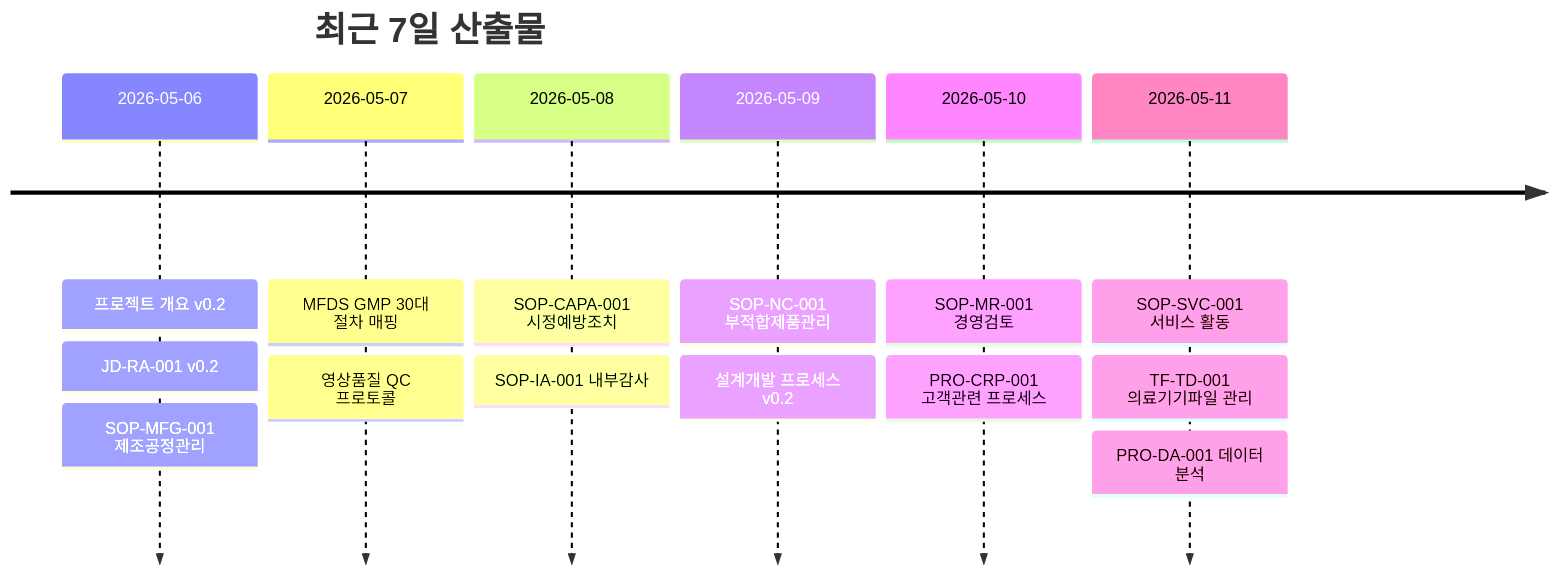
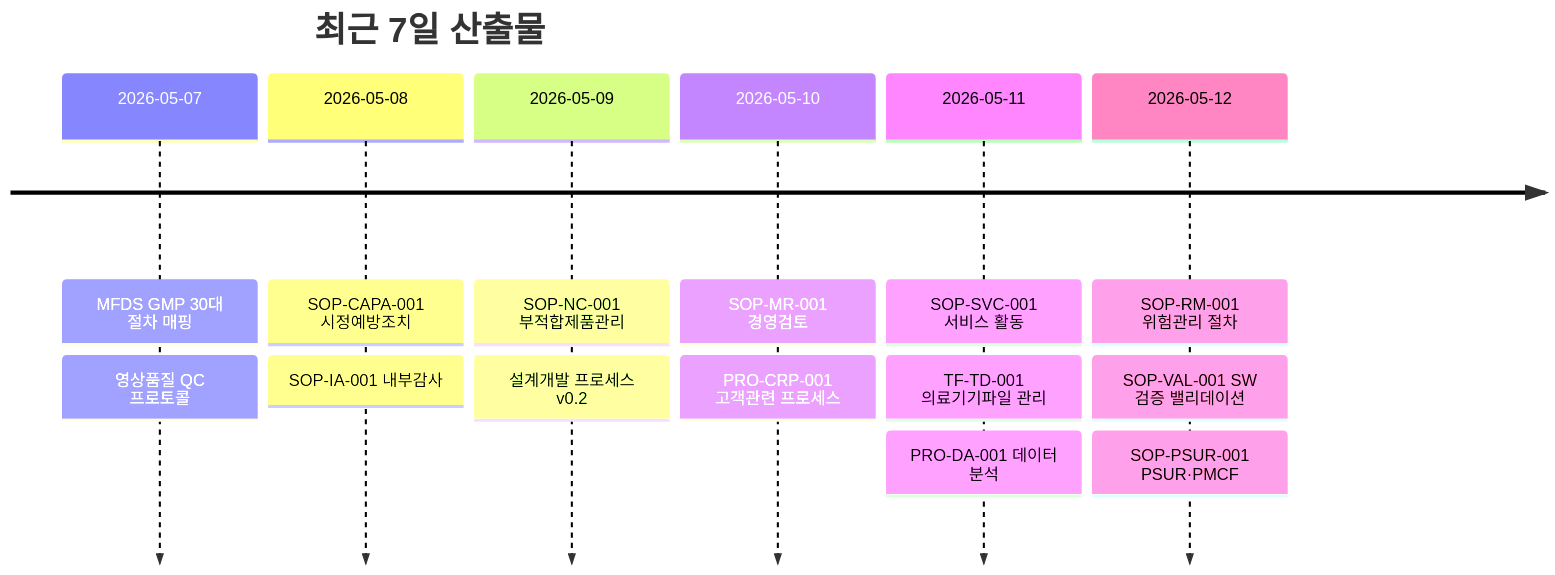
Before and after one commit to holee9/MD-process: the third of 3 diagrams in README.md, drawn with Mermaid. The commit also changed other lines of this file, not shown here.

````diff
--- a/README.md
+++ b/README.md
@@ -143,18 +143,18 @@
 ```mermaid
 timeline
     title 최근 7일 산출물
-    2026-05-06 : 프로젝트 개요 v0.2
-               : JD-RA-001 v0.2
-               : SOP-MFG-001 제조공정관리
     2026-05-07 : MFDS GMP 30대 절차 매핑
                : 영상품질 QC 프로토콜
     2026-05-08 : SOP-CAPA-001 시정예방조치
                : SOP-IA-001 내부감사
     2026-05-09 : SOP-NC-001 부적합제품관리
                : 설계개발 프로세스 v0.2
     2026-05-10 : SOP-MR-001 경영검토
                : PRO-CRP-001 고객관련 프로세스
     2026-05-11 : SOP-SVC-001 서비스 활동
                : TF-TD-001 의료기기파일 관리
                : PRO-DA-001 데이터 분석
+    2026-05-12 : SOP-RM-001 위험관리 절차
+               : SOP-VAL-001 SW 검증 밸리데이션
+               : SOP-PSUR-001 PSUR·PMCF
 ```
````
